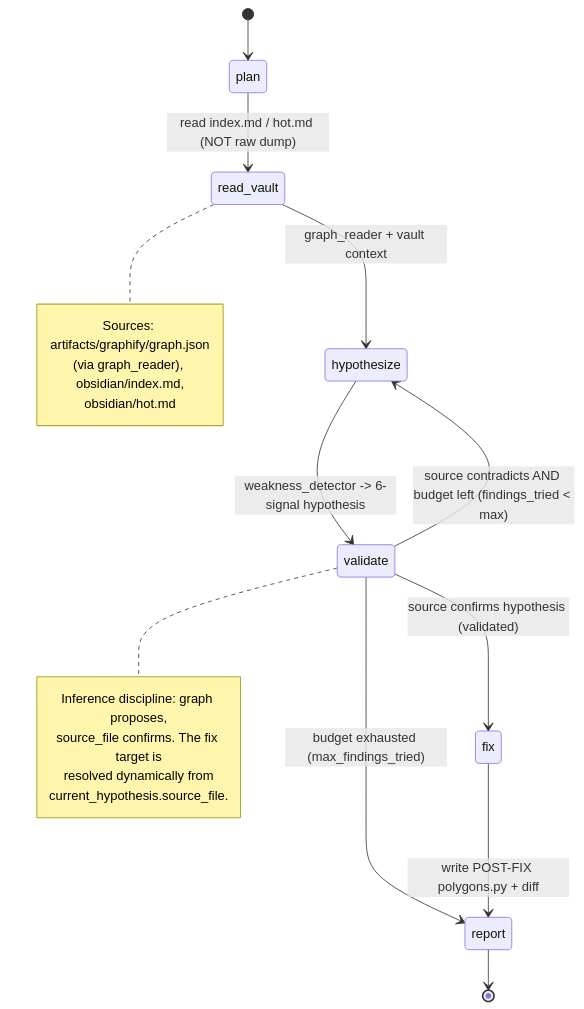
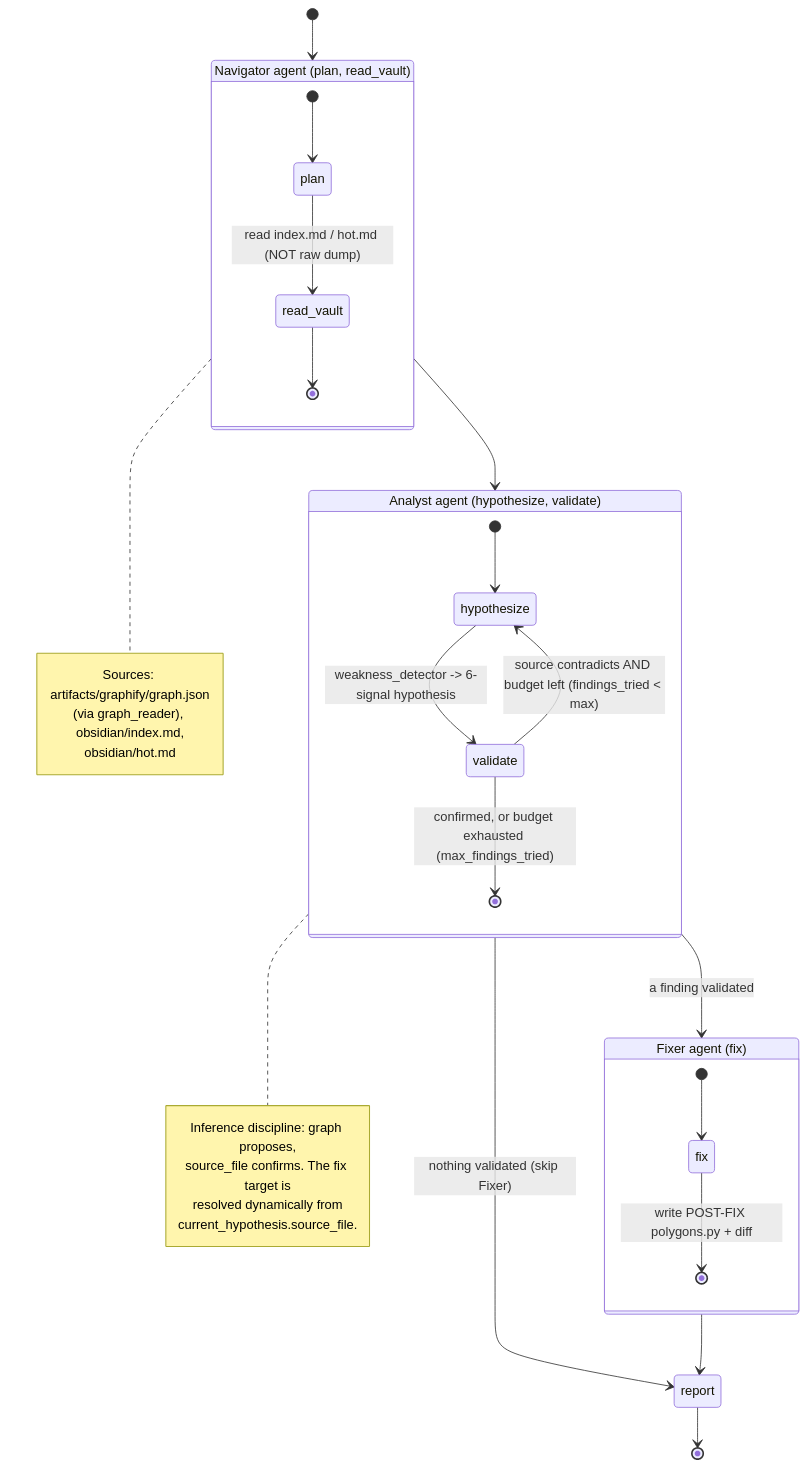
The third of 5 diagrams in reports/diagrams.md (eyalsht/ex04-graphify-agent), drawn with Mermaid before and after one commit. The commit also changed other lines of this file and 4 other files, not shown here.

First line of the commit message:
docs: surface the crew (diagram, self-grade, loop framing, count refresh)

````diff
--- a/reports/diagrams.md
+++ b/reports/diagrams.md
@@ -70,23 +72,35 @@
 ```mermaid
 stateDiagram-v2
-    [*] --> plan
-    plan --> read_vault: read index.md / hot.md (NOT raw dump)
-    read_vault --> hypothesize: graph_reader + vault context
-    hypothesize --> validate: weakness_detector -> 6-signal hypothesis
-    validate --> fix: source confirms hypothesis (validated)
-    validate --> hypothesize: source contradicts AND budget left (findings_tried < max)
-    validate --> report: budget exhausted (max_findings_tried)
-    fix --> report: write POST-FIX polygons.py + diff
+    [*] --> navigator
+    state "Navigator agent (plan, read_vault)" as navigator {
+        [*] --> plan
+        plan --> read_vault: read index.md / hot.md (NOT raw dump)
+        read_vault --> [*]
+    }
+    state "Analyst agent (hypothesize, validate)" as analyst {
+        [*] --> hypothesize
+        hypothesize --> validate: weakness_detector -> 6-signal hypothesis
+        validate --> hypothesize: source contradicts AND budget left (findings_tried < max)
+        validate --> [*]: confirmed, or budget exhausted (max_findings_tried)
+    }
+    state "Fixer agent (fix)" as fixer {
+        [*] --> fix
+        fix --> [*]: write POST-FIX polygons.py + diff
+    }
+    navigator --> analyst
+    analyst --> fixer: a finding validated
+    analyst --> report: nothing validated (skip Fixer)
+    fixer --> report
     report --> [*]
-    note right of read_vault
+    note right of navigator
         Sources: artifacts/graphify/graph.json
         (via graph_reader), obsidian/index.md,
         obsidian/hot.md
     end note
-    note right of validate
+    note right of analyst
         Inference discipline: graph proposes,
         source_file confirms. The fix target is
         resolved dynamically from
         current_hypothesis.source_file.
     end note
 ```
````
